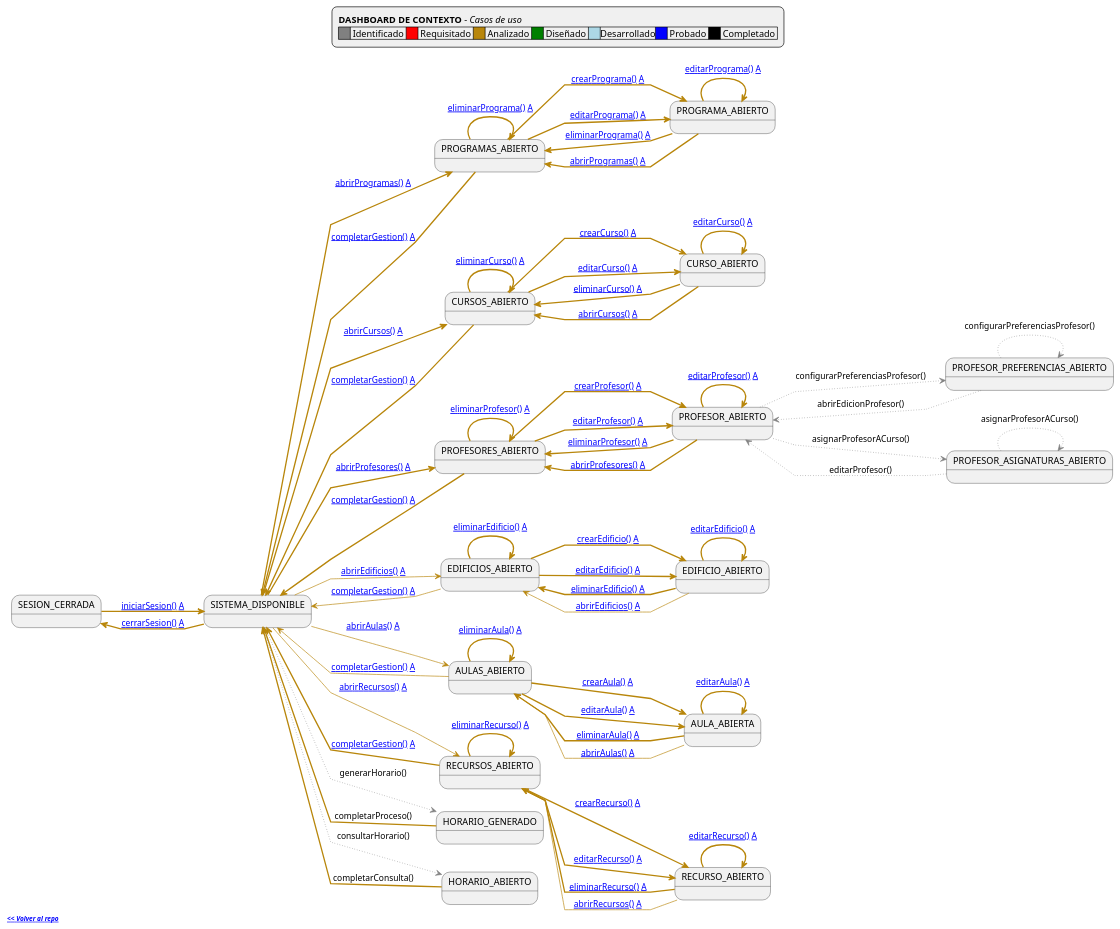
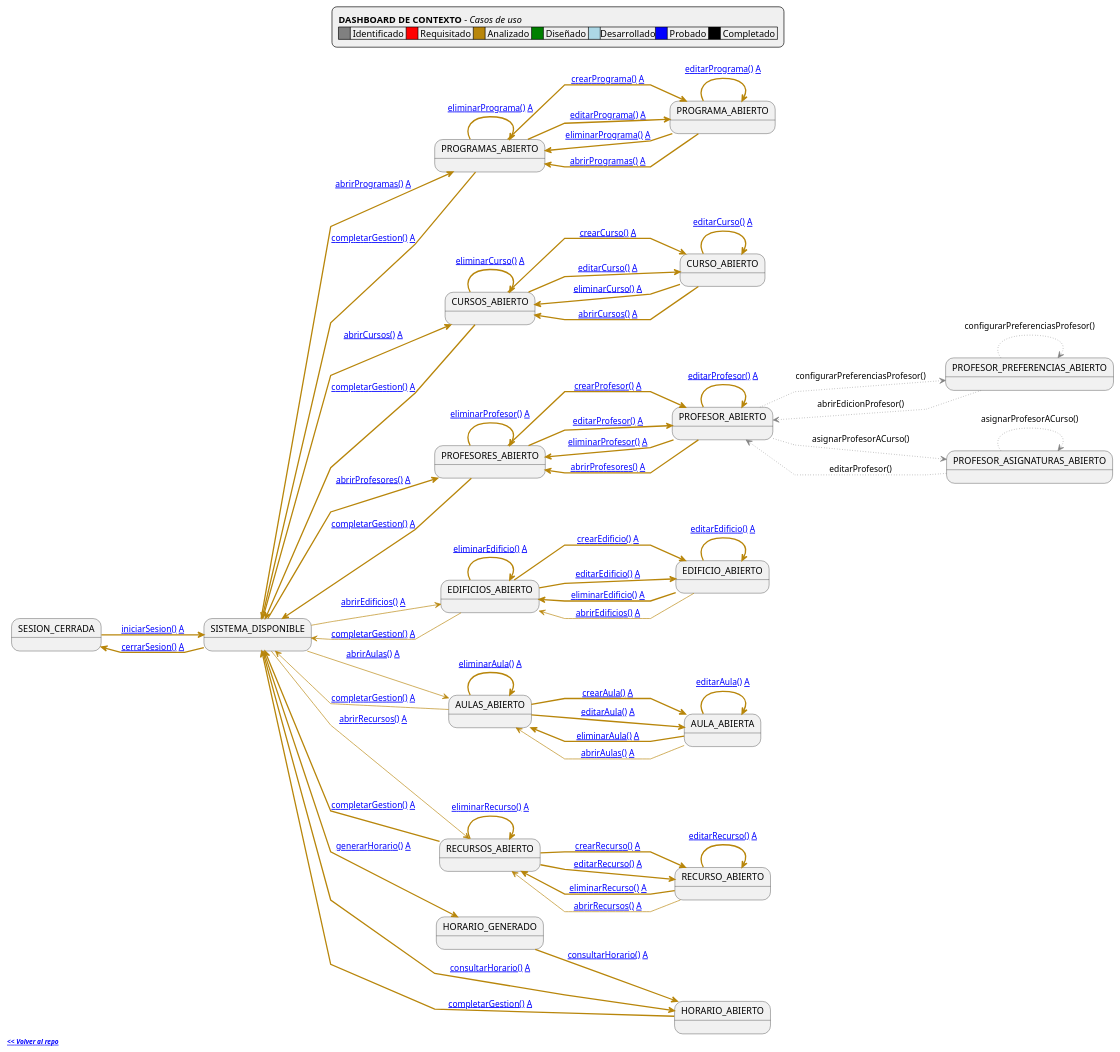
Before and after one commit to Hexcss/scheduler: the diagram in RUP/99-seguimiento/diagrama-contexto-administrador.puml, drawn with PlantUML. The commit also changed 14 other files, not shown here.

First line of the commit message:
feat(rup): completar PRIMER NIVEL del sistema con casos finales generarHorario() y consultarHorario()

```diff
--- a/RUP/99-seguimiento/diagrama-contexto-administrador.puml
+++ b/RUP/99-seguimiento/diagrama-contexto-administrador.puml
@@ -58,8 +58,8 @@
 Menu -[#darkgoldenrod]-> ListEdificios: [[https://github.com/mmasias/pySigHor/blob/main/RUP/00-casos-uso/02-detalle/abrirEdificios/README.md abrirEdificios()]] [[https://github.com/mmasias/pySigHor/blob/main/RUP/01-analisis/casos-uso/abrirEdificios/README.md A]]
 Menu -[#darkgoldenrod]-> ListAulas: [[https://github.com/mmasias/pySigHor/blob/main/RUP/00-casos-uso/02-detalle/abrirAulas/README.md abrirAulas()]] [[https://github.com/mmasias/pySigHor/blob/main/RUP/01-analisis/casos-uso/abrirAulas/README.md A]]
 Menu -[#darkgoldenrod]-> ListRecursos: [[https://github.com/mmasias/pySigHor/blob/main/RUP/00-casos-uso/02-detalle/abrirRecursos/README.md abrirRecursos()]] [[https://github.com/mmasias/pySigHor/blob/main/RUP/01-analisis/casos-uso/abrirRecursos/README.md A]]
-Menu -[#gray,dotted]-> Generacion: generarHorario()
-Menu -[#gray,dotted]-> Consulta: consultarHorario()
+Menu -[#darkgoldenrod,bold]-> Generacion: [[https://github.com/mmasias/pySigHor/blob/main/RUP/00-casos-uso/02-detalle/generarHorario/README.md generarHorario()]] [[https://github.com/mmasias/pySigHor/blob/main/RUP/01-analisis/casos-uso/generarHorario/README.md A]]
+Menu -[#darkgoldenrod,bold]-> Consulta: [[https://github.com/mmasias/pySigHor/blob/main/RUP/00-casos-uso/02-detalle/consultarHorario/README.md consultarHorario()]] [[https://github.com/mmasias/pySigHor/blob/main/RUP/01-analisis/casos-uso/consultarHorario/README.md A]]
 
 EditProfesor -[#gray,dotted]-> Asignaciones: asignarProfesorACurso()
 
@@ -110,6 +110,6 @@
 ListEdificios -[#darkgoldenrod]-> Menu: [[https://github.com/mmasias/pySigHor/blob/main/RUP/00-casos-uso/02-detalle/completarGestion/README.md completarGestion()]] [[https://github.com/mmasias/pySigHor/blob/main/RUP/01-analisis/casos-uso/completarGestion/README.md A]]
 ListAulas -[#darkgoldenrod]-> Menu: [[https://github.com/mmasias/pySigHor/blob/main/RUP/00-casos-uso/02-detalle/completarGestion/README.md completarGestion()]] [[https://github.com/mmasias/pySigHor/blob/main/RUP/01-analisis/casos-uso/completarGestion/README.md A]]
 ListRecursos -[#darkgoldenrod,bold]-> Menu: [[https://github.com/mmasias/pySigHor/blob/main/RUP/00-casos-uso/02-detalle/completarGestion/README.md completarGestion()]] [[https://github.com/mmasias/pySigHor/blob/main/RUP/01-analisis/casos-uso/completarGestion/README.md A]]
-Generacion -[#darkgoldenrod,thickness=2]-> Menu: completarProceso()
-Consulta -[#darkgoldenrod,thickness=2]-> Menu: completarConsulta()
+Generacion -[#darkgoldenrod,bold]-> Consulta: [[https://github.com/mmasias/pySigHor/blob/main/RUP/00-casos-uso/02-detalle/consultarHorario/README.md consultarHorario()]] [[https://github.com/mmasias/pySigHor/blob/main/RUP/01-analisis/casos-uso/consultarHorario/README.md A]]
+Consulta -[#darkgoldenrod,bold]-> Menu: [[https://github.com/mmasias/pySigHor/blob/main/RUP/00-casos-uso/02-detalle/completarGestion/README.md completarGestion()]] [[https://github.com/mmasias/pySigHor/blob/main/RUP/01-analisis/casos-uso/completarGestion/README.md A]]
 @enduml
```
